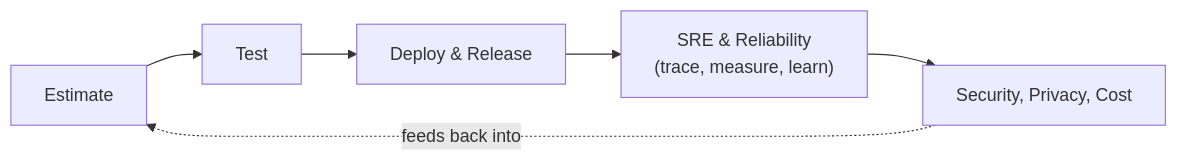
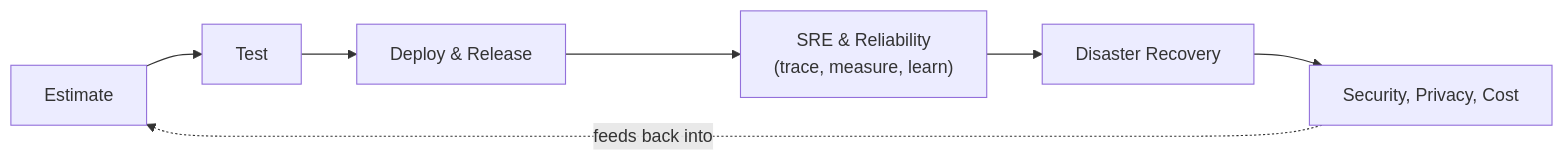
One commit to flynn3103/engineer-knowledge changed the diagram in craftsmanship/on-production/README.md. Above: the diagram before and after it, drawn with Mermaid. The commit also changed other lines of this file and 98 other files, not shown here.

First line of the commit message:
Restructure network/protocols/communication/disaster-recovery, update all nav

````diff
--- a/craftsmanship/on-production/README.md
+++ b/craftsmanship/on-production/README.md
@@ -9,8 +9,9 @@
 ```mermaid
 flowchart LR
     Estimate["Estimate"] --> Test["Test"]
     Test --> Deploy["Deploy & Release"]
     Deploy --> Reliability["SRE & Reliability<br/>(trace, measure, learn)"]
-    Reliability --> Harden["Security, Privacy, Cost"]
+    Reliability --> DR["Disaster Recovery"]
+    DR --> Harden["Security, Privacy, Cost"]
     Harden -.->|feeds back into| Estimate
 ```
````
